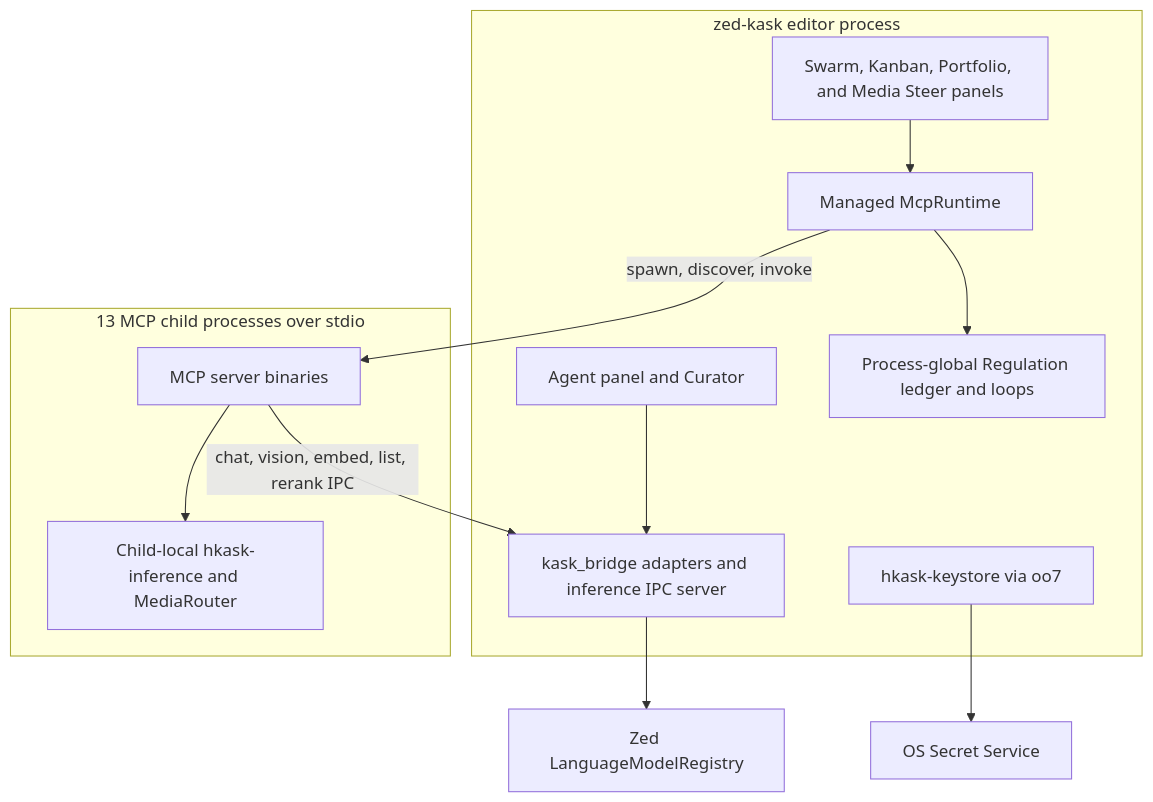
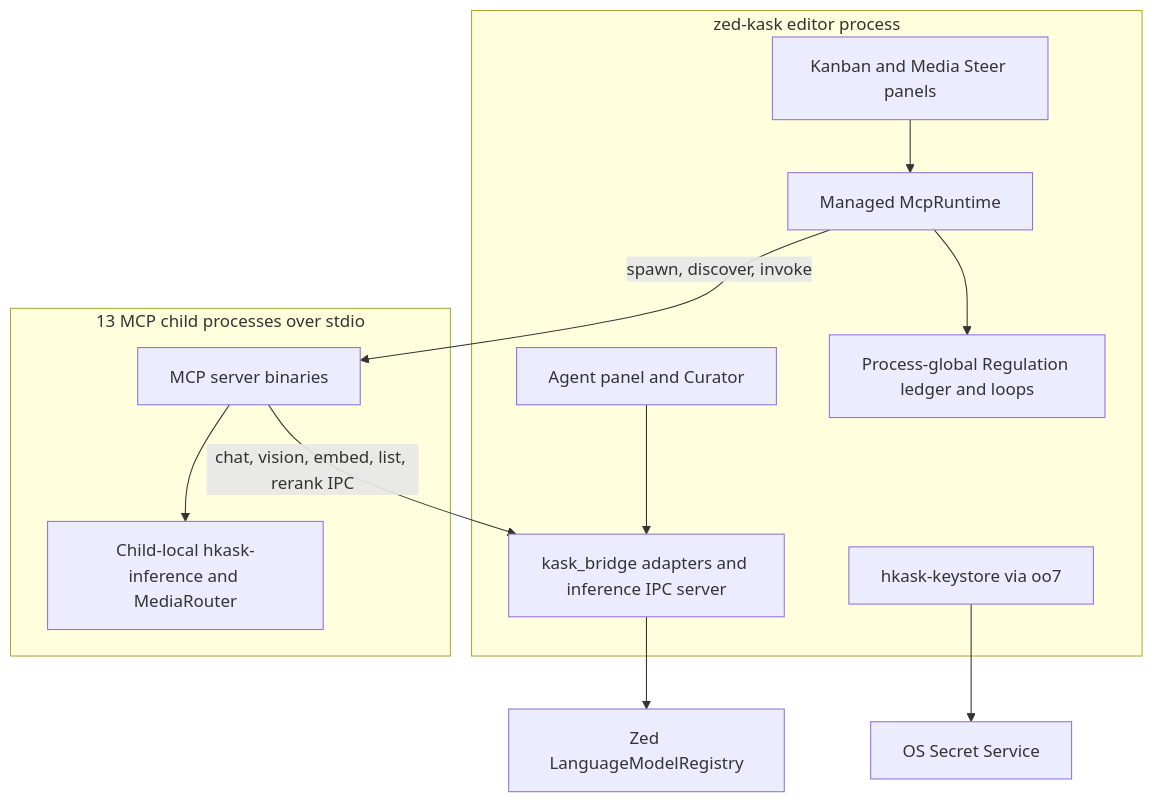
One commit to mdz-axo/zed-kask changed the diagram in kask/docs/architecture/core/MDS.md. Above: the diagram before and after it, drawn with Mermaid. The commit also changed other lines of this file and 25 other files, not shown here.

````diff
--- a/kask/docs/architecture/core/MDS.md
+++ b/kask/docs/architecture/core/MDS.md
@@ -487,26 +487,26 @@
 ```mermaid
 graph TD
     subgraph EDITOR["zed-kask editor process"]
         AGENT[Agent panel and Curator]
-        STEER[Swarm, Kanban, Portfolio, and Media Steer panels]
+        STEER[Kanban and Media Steer panels]
         BRIDGE[kask_bridge adapters and inference IPC server]
         RUNTIME[Managed McpRuntime]
         REG[Process-global Regulation ledger and loops]
         KEYSTORE[hkask-keystore via oo7]
     end
     subgraph CHILDREN["13 MCP child processes over stdio"]
         MCP[MCP server binaries]
         LOCALINF[Child-local hkask-inference and MediaRouter]
     end
     HOSTLM[Zed LanguageModelRegistry]
     SECRET[OS Secret Service]
 
     AGENT --> BRIDGE
     STEER --> RUNTIME
     RUNTIME -->|spawn, discover, invoke| MCP
     RUNTIME --> REG
     MCP -->|chat, vision, embed, list, rerank IPC| BRIDGE
     MCP --> LOCALINF
     BRIDGE --> HOSTLM
     KEYSTORE --> SECRET
 ```
````
